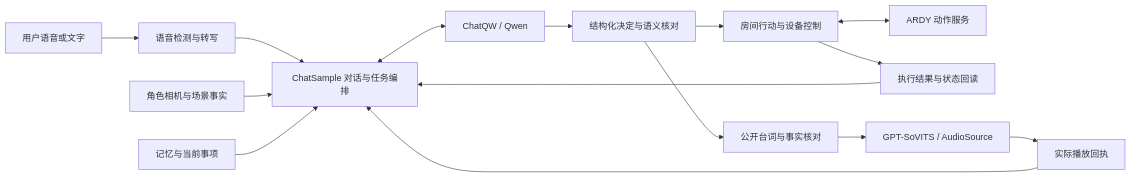
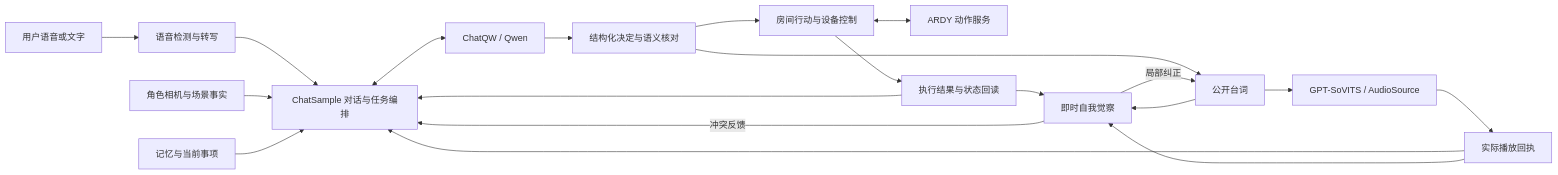
One commit to Enishiya770/NeEEvA changed the diagram in README.md. Above: the diagram before and after it, drawn with Mermaid. The commit also changed other lines of this file and 61 other files, not shown here.

````diff
--- a/README.md
+++ b/README.md
@@ -24,17 +38,22 @@
 ```mermaid
 flowchart LR
     User[用户语音或文字] --> Input[语音检测与转写]
     Input --> Agent[ChatSample 对话与任务编排]
     Vision[角色相机与场景事实] --> Agent
     Memory[记忆与当前事项] --> Agent
     Agent <--> Qwen[ChatQW / Qwen]
     Qwen --> Review[结构化决定与语义核对]
     Review --> Action[房间行动与设备控制]
     Action <--> Motion[ARDY 动作服务]
     Action --> Facts[执行结果与状态回读]
     Facts --> Agent
-    Review --> Speech[公开台词与事实核对]
+    Review --> Speech[公开台词]
     Speech --> TTS[GPT-SoVITS / AudioSource]
     TTS --> Receipt[实际播放回执]
     Receipt --> Agent
+    Facts --> Monitor[即时自我觉察]
+    Speech --> Monitor
+    Receipt --> Monitor
+    Monitor -->|局部纠正| Speech
+    Monitor -->|冲突反馈| Agent
 ```
````
